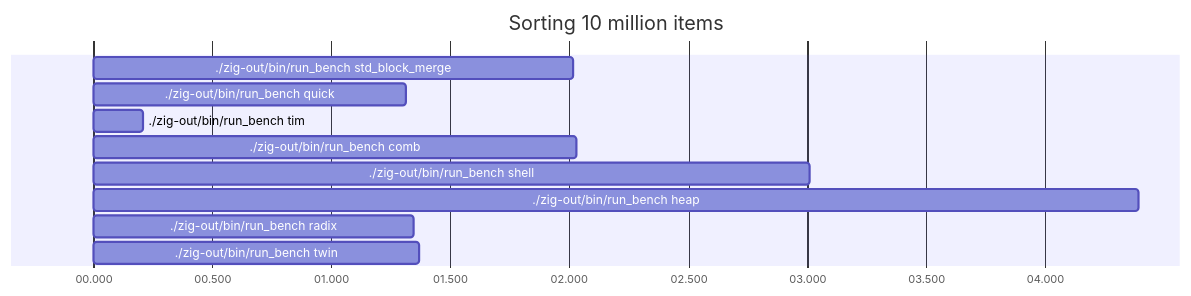
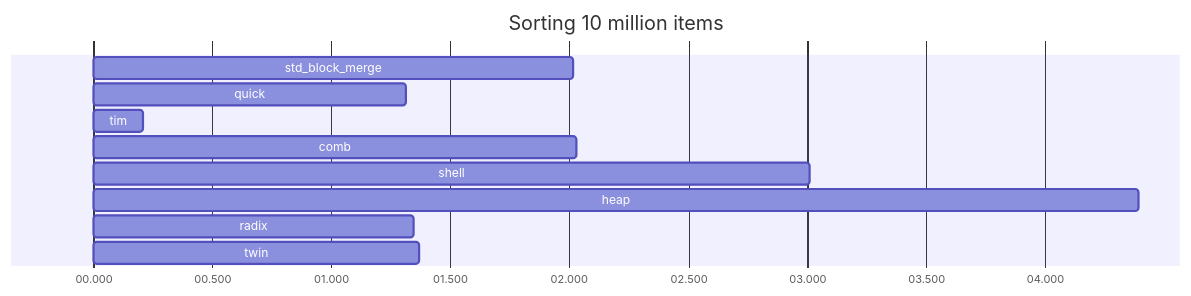
Before and after one commit to alichraghi/zort: the second of 3 diagrams in README.md, drawn with Mermaid. The commit also changed other lines of this file and 1 other file, not shown here.

````diff
--- a/README.md
+++ b/README.md
@@ -55,14 +55,14 @@
 ```mermaid
 gantt
     title Sorting 10 million items
     dateFormat x
     axisFormat %S.%L
-    ./zig-out/bin/run_bench std_block_merge : 0,2017
-    ./zig-out/bin/run_bench quick : 0,1312
-    ./zig-out/bin/run_bench tim : 0,208
-    ./zig-out/bin/run_bench comb : 0,2031
-    ./zig-out/bin/run_bench shell : 0,3011
-    ./zig-out/bin/run_bench heap : 0,4394
-    ./zig-out/bin/run_bench radix : 0,1347
-    ./zig-out/bin/run_bench twin : 0,1371
+    std_block_merge : 0,2017
+    quick : 0,1312
+    tim : 0,208
+    comb : 0,2031
+    shell : 0,3011
+    heap : 0,4394
+    radix : 0,1347
+    twin : 0,1371
 ```
````
